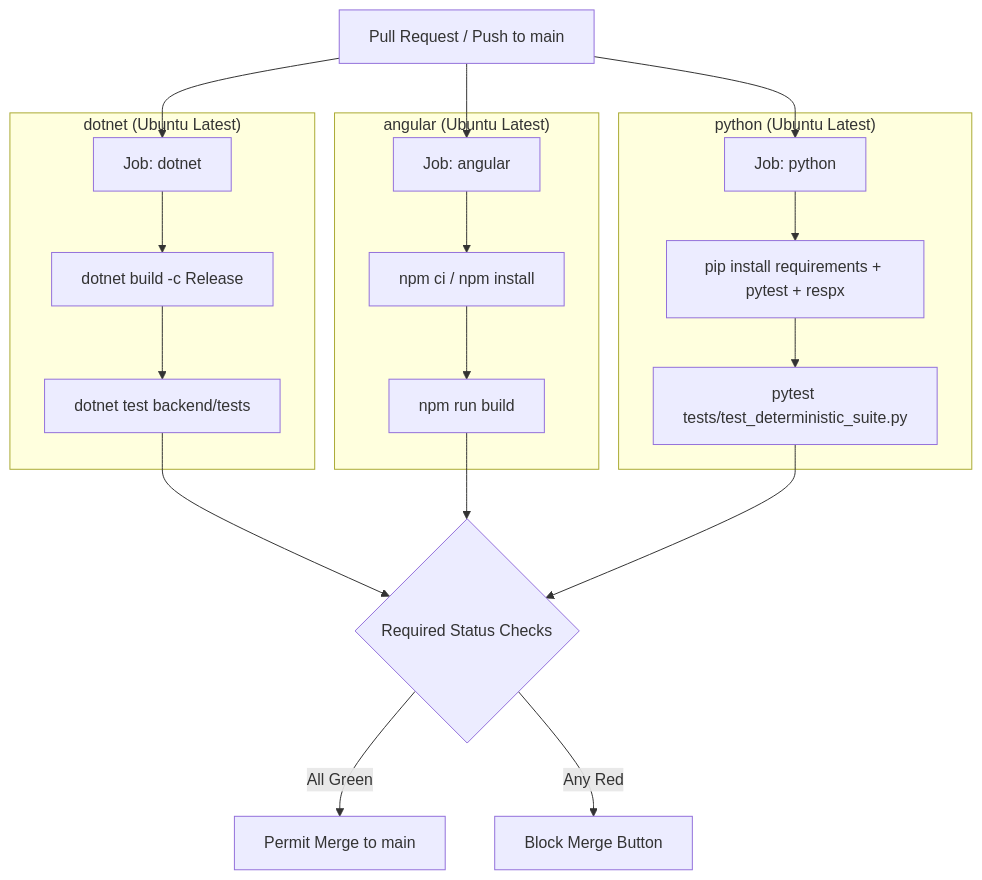
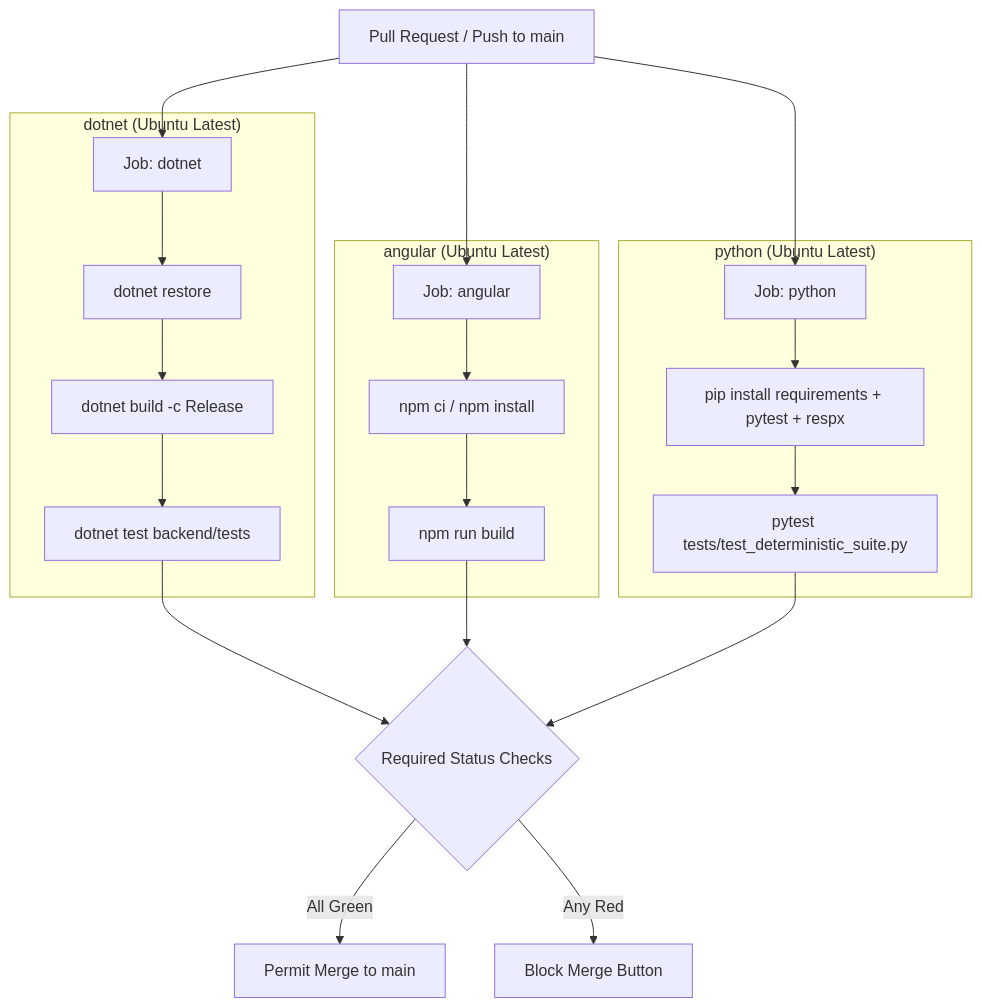
The diagram in Week_07/Week_07_PartJ_CI_GitBisect/README.md (Qasimabbasi786/AI-Software-Development-Internship-NexaSolutions), drawn with Mermaid before and after one commit. The commit also changed other lines of this file and 10 other files, not shown here.

````diff
--- a/Week_07/Week_07_PartJ_CI_GitBisect/README.md
+++ b/Week_07/Week_07_PartJ_CI_GitBisect/README.md
@@ -7,27 +14,28 @@
 ```mermaid
 graph TD
     PR[Pull Request / Push to main] --> DotNet[Job: dotnet]
     PR --> Angular[Job: angular]
     PR --> Python[Job: python]
 
     subgraph "dotnet (Ubuntu Latest)"
-      DotNet --> DotNetBuild[dotnet build -c Release]
+      DotNet --> DotNetRestore[dotnet restore]
+      DotNetRestore --> DotNetBuild[dotnet build -c Release]
       DotNetBuild --> DotNetTest[dotnet test backend/tests]
     end
 
     subgraph "angular (Ubuntu Latest)"
       Angular --> AngularInstall[npm ci / npm install]
       AngularInstall --> AngularBuild[npm run build]
     end
 
     subgraph "python (Ubuntu Latest)"
       Python --> PythonDeps[pip install requirements + pytest + respx]
       PythonDeps --> PytestRun[pytest tests/test_deterministic_suite.py]
     end
 
     DotNetTest --> Gate{Required Status Checks}
     AngularBuild --> Gate
     PytestRun --> Gate
     Gate -->|All Green| Merge[Permit Merge to main]
     Gate -->|Any Red| Block[Block Merge Button]
 ```
````
